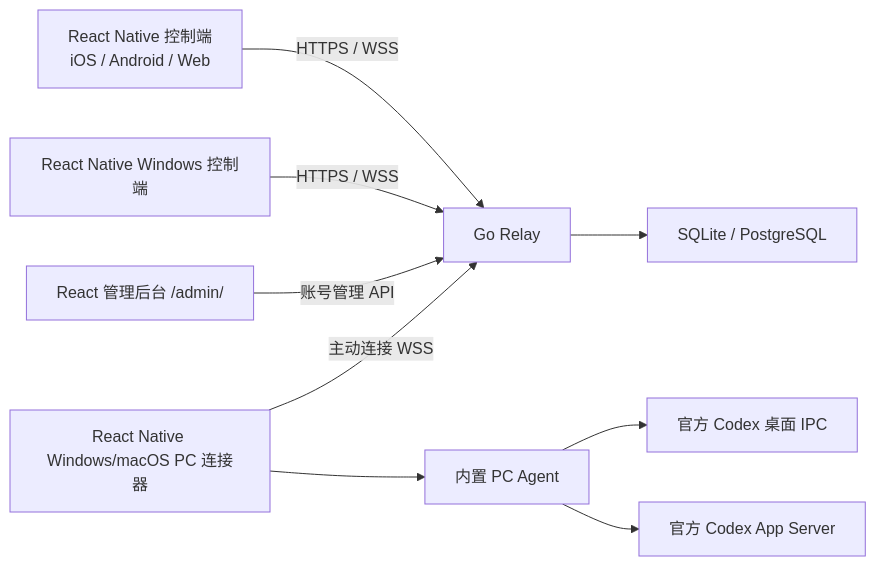
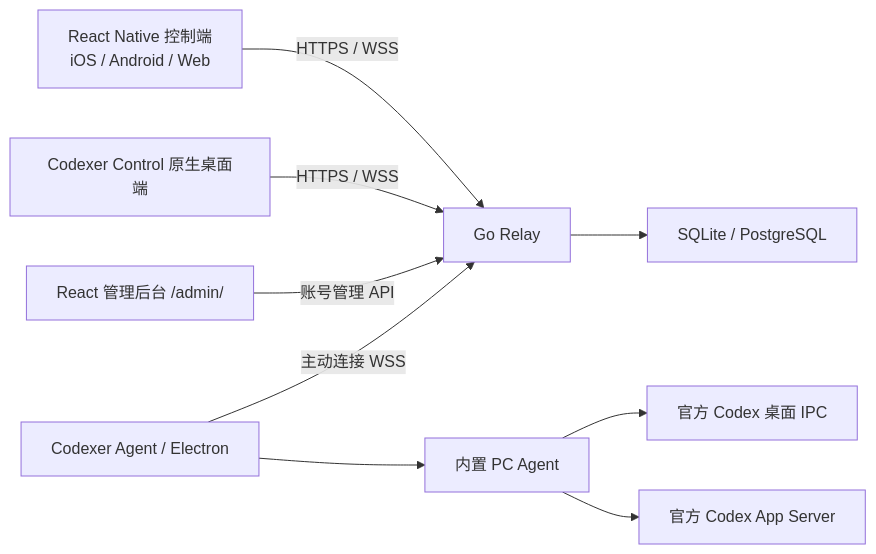
One commit to bunnya33/codexer changed the diagram in docs/architecture.md. Above: the diagram before and after it, drawn with Mermaid. The commit also changed other lines of this file and 55 other files, not shown here.

Commit message:
feat: restore Electron Agent and distinguish desktop products

````diff
--- a/docs/architecture.md
+++ b/docs/architecture.md
@@ -5,11 +5,11 @@
 ```mermaid
 flowchart LR
   C[React Native 控制端\niOS / Android / Web] -->|HTTPS / WSS| R[Go Relay]
-  W[React Native Windows 控制端] -->|HTTPS / WSS| R
+  W[Codexer Control 原生桌面端] -->|HTTPS / WSS| R
   A[React 管理后台 /admin/] -->|账号管理 API| R
-  P[React Native Windows/macOS PC 连接器] -->|主动连接 WSS| R
+  P[Codexer Agent / Electron] -->|主动连接 WSS| R
   P --> G[内置 PC Agent]
   G --> D[官方 Codex 桌面 IPC]
   G --> H[官方 Codex App Server]
   R --> DB[SQLite / PostgreSQL]
 ```
````
